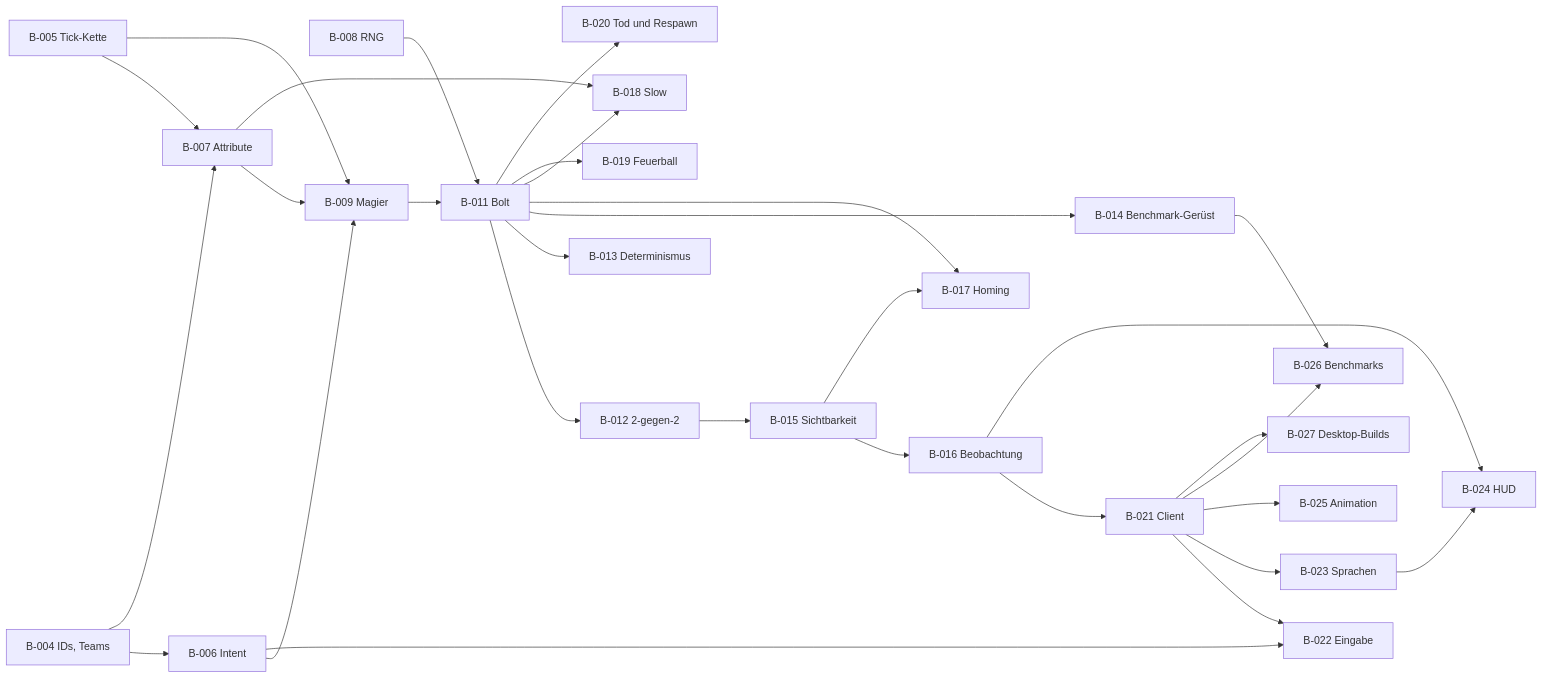
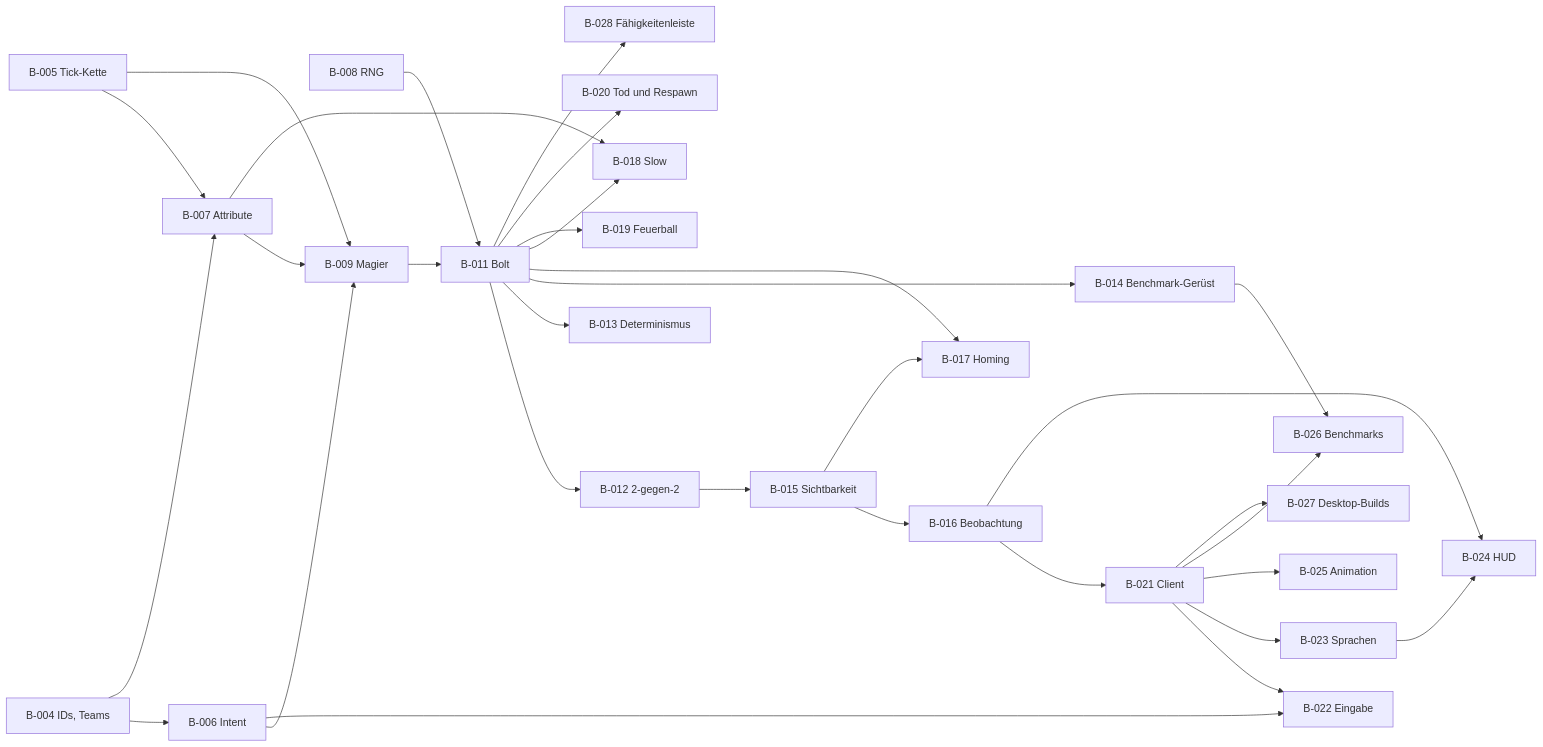
The diagram in docs/backlog.md (MagierSpieleSchmiede/mage-game), drawn with Mermaid before and after one commit. The commit also changed other lines of this file and 25 other files, not shown here.

````diff
--- a/docs/backlog.md
+++ b/docs/backlog.md
@@ -71,35 +74,36 @@
 ```mermaid
 flowchart LR
   B004["B-004 IDs, Teams"]
   B005["B-005 Tick-Kette"]
   B008["B-008 RNG"]
   B004 --> B006["B-006 Intent"]
   B004 --> B007["B-007 Attribute"]
   B005 --> B007
   B005 --> B009["B-009 Magier"]
   B006 --> B009
   B007 --> B009
   B008 --> B011["B-011 Bolt"]
   B009 --> B011
   B011 --> B012["B-012 2-gegen-2"]
   B011 --> B013["B-013 Determinismus"]
   B011 --> B014["B-014 Benchmark-Gerüst"]
   B012 --> B015["B-015 Sichtbarkeit"]
   B015 --> B016["B-016 Beobachtung"]
   B015 --> B017["B-017 Homing"]
   B011 --> B017
   B007 --> B018["B-018 Slow"]
   B011 --> B018
   B011 --> B019["B-019 Feuerball"]
   B011 --> B020["B-020 Tod und Respawn"]
+  B011 --> B028["B-028 Fähigkeitenleiste"]
   B016 --> B021["B-021 Client"]
   B006 --> B022["B-022 Eingabe"]
   B021 --> B022
   B021 --> B023["B-023 Sprachen"]
   B016 --> B024["B-024 HUD"]
   B023 --> B024
   B021 --> B025["B-025 Animation"]
   B014 --> B026["B-026 Benchmarks"]
   B021 --> B026
   B021 --> B027["B-027 Desktop-Builds"]
 ```
````
